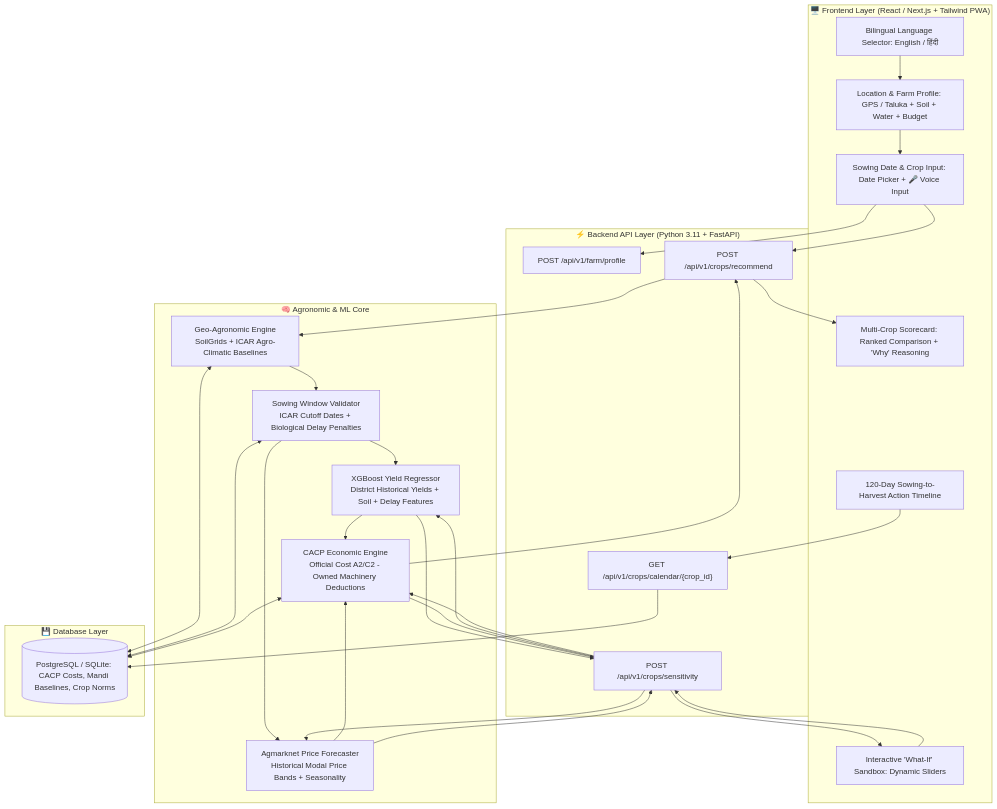
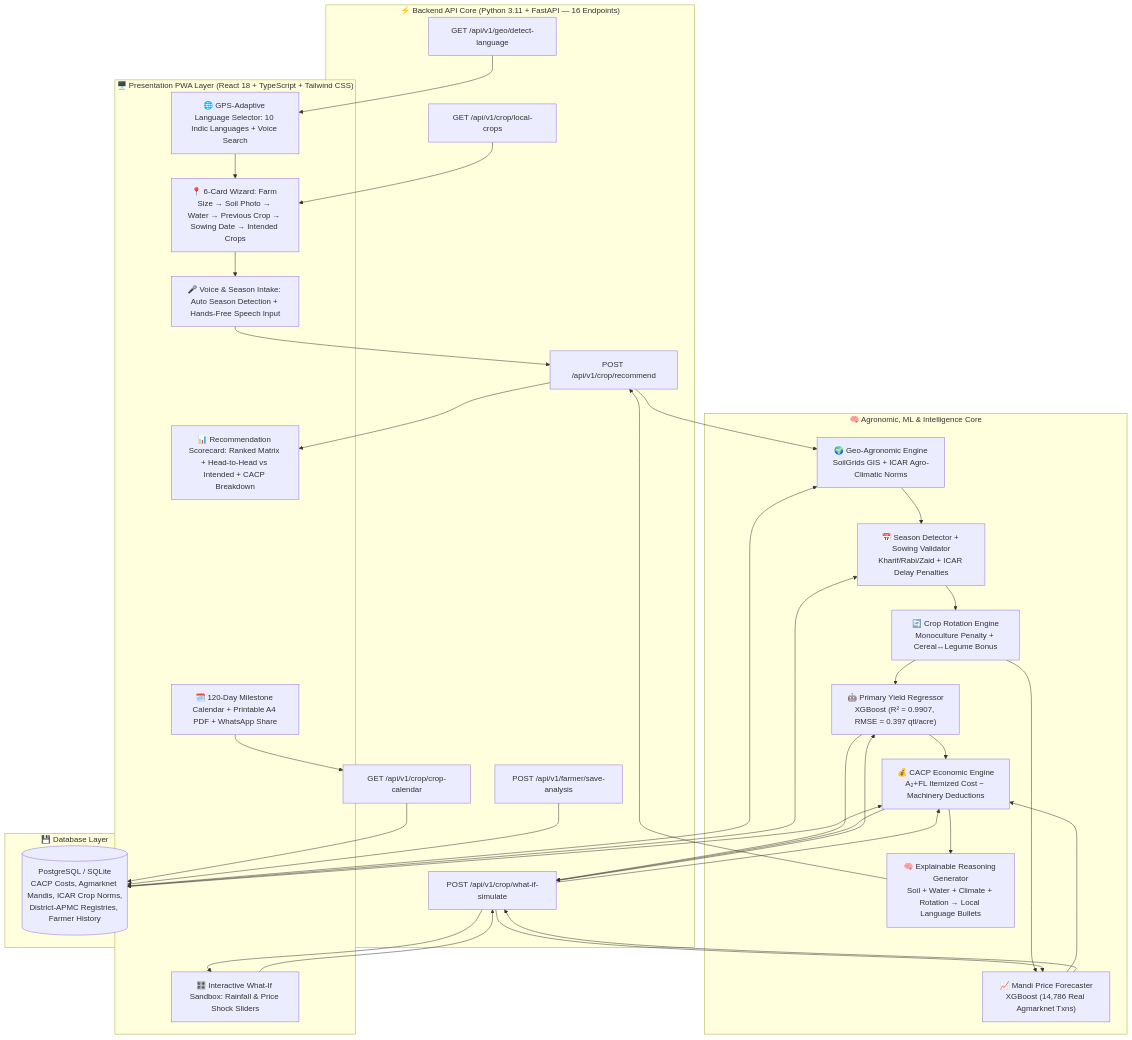
The diagram in README.md (sujeetaionly/agri-decide-sih), drawn with Mermaid before and after one commit. The commit also changed other lines of this file and 62 other files, not shown here.

````diff
--- a/README.md
+++ b/README.md
@@ -69,37 +90,44 @@
 ```mermaid
 flowchart TD
-    subgraph UI_Layer ["🖥️ Frontend Layer (React / Next.js + Tailwind PWA)"]
-        A1[Bilingual Language Selector: English / हिंदी]
-        A2[Location & Farm Profile: GPS / Taluka + Soil + Water + Budget]
-        A3[Sowing Date & Crop Input: Date Picker + 🎤 Voice Input]
-        A4[Multi-Crop Scorecard: Ranked Comparison + 'Why' Reasoning]
-        A5[Interactive 'What-If' Sandbox: Dynamic Sliders]
-        A6[120-Day Sowing-to-Harvest Action Timeline]
+    subgraph UI_Layer ["🖥️ Presentation PWA Layer (React 18 + TypeScript + Tailwind CSS)"]
+        A1["🌐 GPS-Adaptive Language Selector: 10 Indic Languages + Voice Search"]
+        A2["📍 6-Card Wizard: Farm Size → Soil Photo → Water → Previous Crop → Sowing Date → Intended Crops"]
+        A3["🎤 Voice & Season Intake: Auto Season Detection + Hands-Free Speech Input"]
+        A4["📊 Recommendation Scorecard: Ranked Matrix + Head-to-Head vs Intended + CACP Breakdown"]
+        A5["🎛️ Interactive What-If Sandbox: Rainfall & Price Shock Sliders"]
+        A6["🗓️ 120-Day Milestone Calendar + Printable A4 PDF + WhatsApp Share"]
     end
 
-    subgraph API_Layer ["⚡ Backend API Layer (Python 3.11 + FastAPI)"]
-        B1["POST /api/v1/farm/profile"]
-        B2["POST /api/v1/crops/recommend"]
-        B3["POST /api/v1/crops/sensitivity"]
-        B4["GET /api/v1/crops/calendar/{crop_id}"]
+    subgraph API_Layer ["⚡ Backend API Core (Python 3.11 + FastAPI — 16 Endpoints)"]
+        B1["POST /api/v1/crop/recommend"]
+        B2["POST /api/v1/crop/what-if-simulate"]
+        B3["GET /api/v1/crop/local-crops"]
+        B4["GET /api/v1/crop/crop-calendar"]
+        B5["GET /api/v1/geo/detect-language"]
+        B6["POST /api/v1/farmer/save-analysis"]
     end
 
-    subgraph Data_Engine ["🧠 Agronomic & ML Core"]
-        C1[Geo-Agronomic Engine\nSoilGrids + ICAR Agro-Climatic Baselines]
-        C2[Sowing Window Validator\nICAR Cutoff Dates + Biological Delay Penalties]
-        C3[XGBoost Yield Regressor\nDistrict Historical Yields + Soil + Delay Features]
-        C4[Agmarknet Price Forecaster\nHistorical Modal Price Bands + Seasonality]
-        C5[CACP Economic Engine\nOfficial Cost A2/C2 - Owned Machinery Deductions]
+    subgraph Data_Engine ["🧠 Agronomic, ML & Intelligence Core"]
+        C1["🌍 Geo-Agronomic Engine\nSoilGrids GIS + ICAR Agro-Climatic Norms"]
+        C2["📅 Season Detector + Sowing Validator\nKharif/Rabi/Zaid + ICAR Delay Penalties"]
+        C3["🔄 Crop Rotation Engine\nMonoculture Penalty + Cereal↔Legume Bonus"]
+        C4["🤖 Primary Yield Regressor\nXGBoost (R² = 0.9907, RMSE = 0.397 qtl/acre)"]
+        C5["📈 Mandi Price Forecaster\nXGBoost (14,786 Real Agmarknet Txns)"]
+        C6["💰 CACP Economic Engine\nA₂+FL Itemized Cost − Machinery Deductions"]
+        C7["🧠 Explainable Reasoning Generator\nSoil + Water + Climate + Rotation → Local Language Bullets"]
     end
 
     subgraph Storage ["💾 Database Layer"]
-        D1[(PostgreSQL / SQLite: CACP Costs, Mandi Baselines, Crop Norms)]
+        D1[("PostgreSQL / SQLite\nCACP Costs, Agmarknet Mandis, ICAR Crop Norms,\nDistrict-APMC Registries, Farmer History")]
     end
 
-    A1 --> A2 --> A3 --> B1 & B2
-    B2 --> C1 --> C2 --> C3 & C4 --> C5 --> B2
-    B2 --> A4
-    A5 --> B3 --> C3 & C4 & C5 --> B3 --> A5
+    A1 --> A2 --> A3 --> B1
+    B5 --> A1
+    B3 --> A2
+    B1 --> C1 --> C2 --> C3 --> C4 & C5 --> C6 --> C7 --> B1
+    B1 --> A4
+    A5 --> B2 --> C4 & C5 & C6 --> B2 --> A5
     A6 --> B4 --> D1
-    C1 & C2 & C5 <--> D1
+    B6 --> D1
+    C1 & C2 & C6 <--> D1
 ```
````
